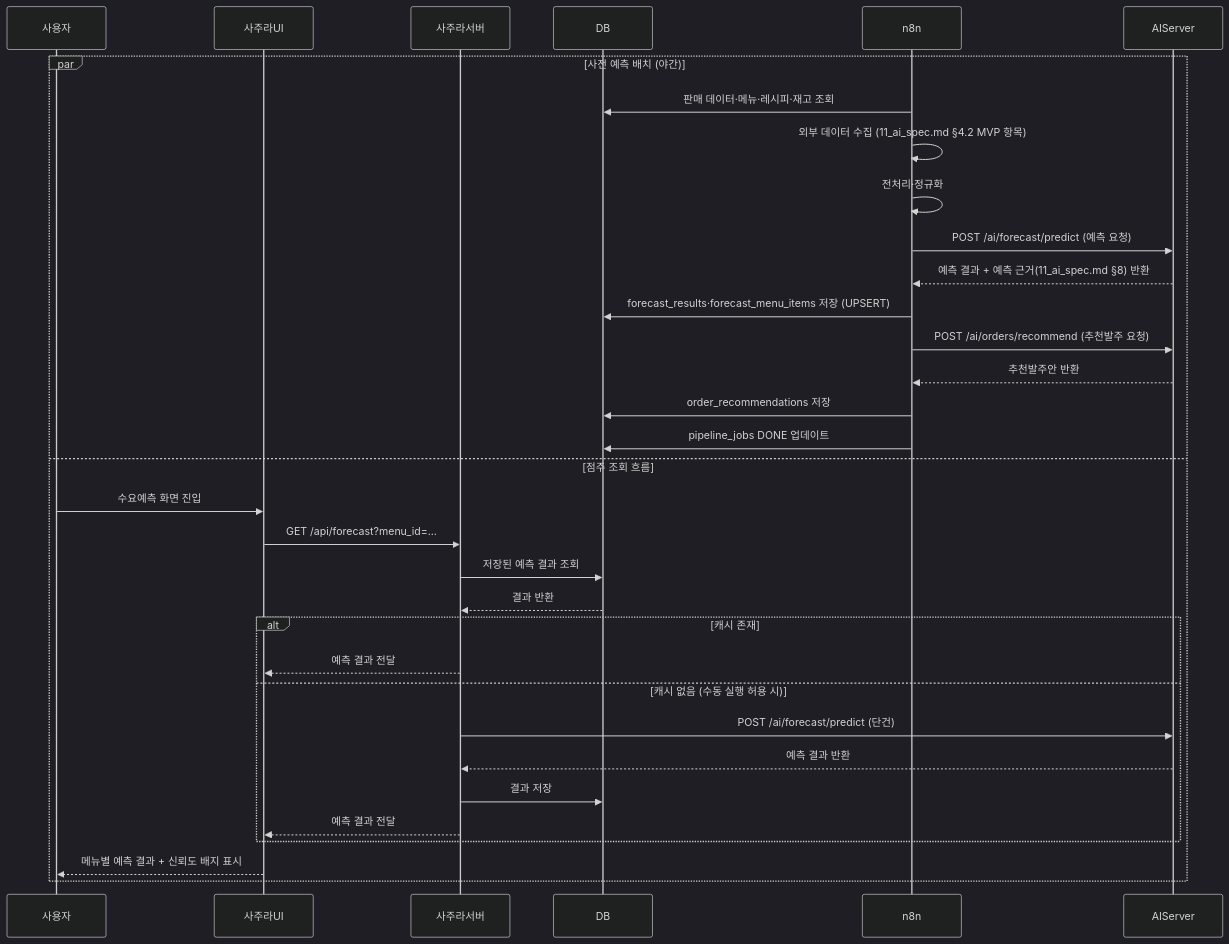
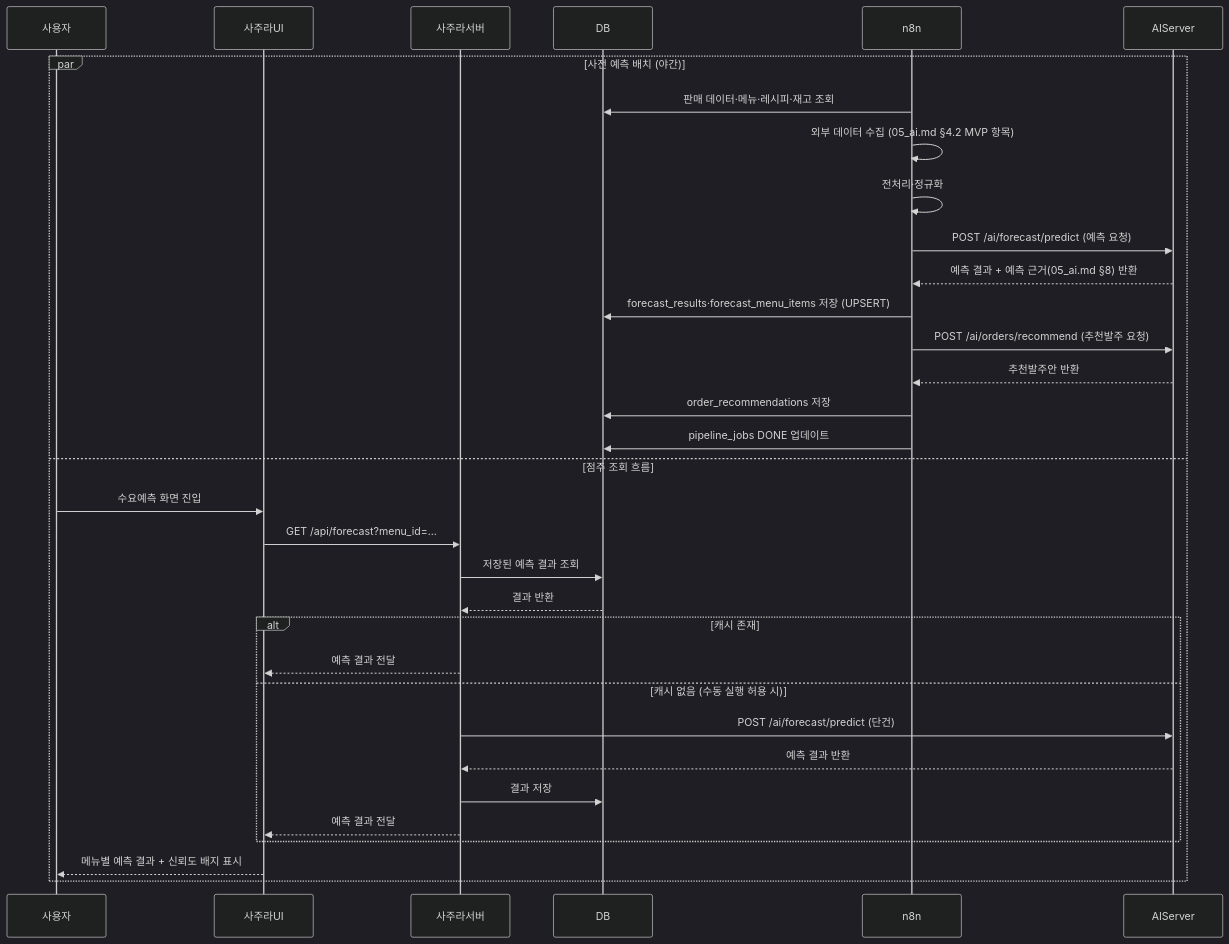
Before and after one commit to h-taek/CapstoneDesign-Sajura: the second of 8 diagrams in docs/spec/02_implementation_design.md, drawn with Mermaid (dark theme). The commit also changed other lines of this file and 46 other files, not shown here.

````diff
--- a/docs/spec/02_implementation_design.md
+++ b/docs/spec/02_implementation_design.md
@@ -250,36 +251,36 @@
 ```mermaid
 sequenceDiagram
     participant 사용자
     participant 사주라UI
     participant 사주라서버
     participant DB
     participant n8n
     participant AIServer
 
     par 사전 예측 배치 (야간)
         n8n->>DB: 판매 데이터·메뉴·레시피·재고 조회
-        n8n->>n8n: 외부 데이터 수집 (11_ai_spec.md §4.2 MVP 항목)
+        n8n->>n8n: 외부 데이터 수집 (05_ai.md §4.2 MVP 항목)
         n8n->>n8n: 전처리·정규화
         n8n->>AIServer: POST /ai/forecast/predict (예측 요청)
-        AIServer-->>n8n: 예측 결과 + 예측 근거(11_ai_spec.md §8) 반환
+        AIServer-->>n8n: 예측 결과 + 예측 근거(05_ai.md §8) 반환
         n8n->>DB: forecast_results·forecast_menu_items 저장 (UPSERT)
         n8n->>AIServer: POST /ai/orders/recommend (추천발주 요청)
         AIServer-->>n8n: 추천발주안 반환
         n8n->>DB: order_recommendations 저장
         n8n->>DB: pipeline_jobs DONE 업데이트
     and 점주 조회 흐름
         사용자->>사주라UI: 수요예측 화면 진입
         사주라UI->>사주라서버: GET /api/forecast?menu_id=...
         사주라서버->>DB: 저장된 예측 결과 조회
         DB-->>사주라서버: 결과 반환
         alt 캐시 존재
             사주라서버-->>사주라UI: 예측 결과 전달
         else 캐시 없음 (수동 실행 허용 시)
             사주라서버->>AIServer: POST /ai/forecast/predict (단건)
             AIServer-->>사주라서버: 예측 결과 반환
             사주라서버->>DB: 결과 저장
             사주라서버-->>사주라UI: 예측 결과 전달
         end
         사주라UI-->>사용자: 메뉴별 예측 결과 + 신뢰도 배지 표시
     end
 ```
````
